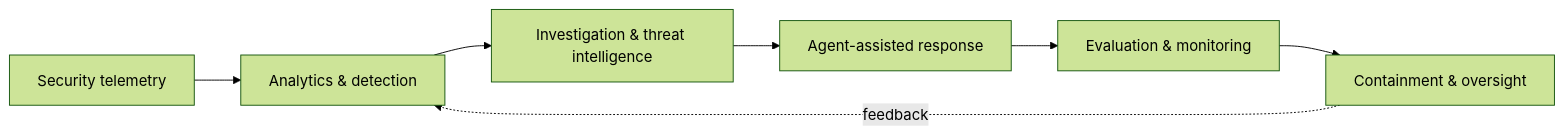
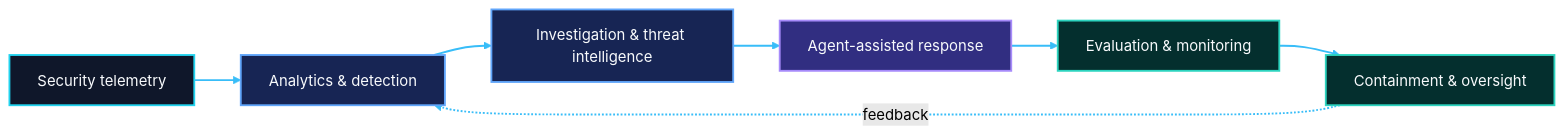
The diagram in README.md (VinayK88/VinayK88), drawn with Mermaid (forest theme) before and after one commit. The commit also changed other lines of this file, not shown here.

Commit message:
Add cybersecurity visual identity
Adds a custom defensive-AI hero banner and improves the security pipeline diagram styling.

````diff
--- a/README.md
+++ b/README.md
@@ -22,9 +26,19 @@
 ```mermaid
 flowchart LR
     T["Security telemetry"] --> A["Analytics & detection"]
     A --> I["Investigation & threat intelligence"]
     I --> G["Agent-assisted response"]
     G --> E["Evaluation & monitoring"]
     E --> C["Containment & oversight"]
     C -. "feedback" .-> A
+
+    classDef signal fill:#0f172a,stroke:#22d3ee,color:#f8fafc,stroke-width:2px
+    classDef analysis fill:#172554,stroke:#60a5fa,color:#f8fafc,stroke-width:2px
+    classDef action fill:#312e81,stroke:#a78bfa,color:#f8fafc,stroke-width:2px
+    classDef safety fill:#042f2e,stroke:#2dd4bf,color:#f8fafc,stroke-width:2px
+    class T signal
+    class A,I analysis
+    class G action
+    class E,C safety
+    linkStyle default stroke:#38bdf8,stroke-width:2px
 ```
````
